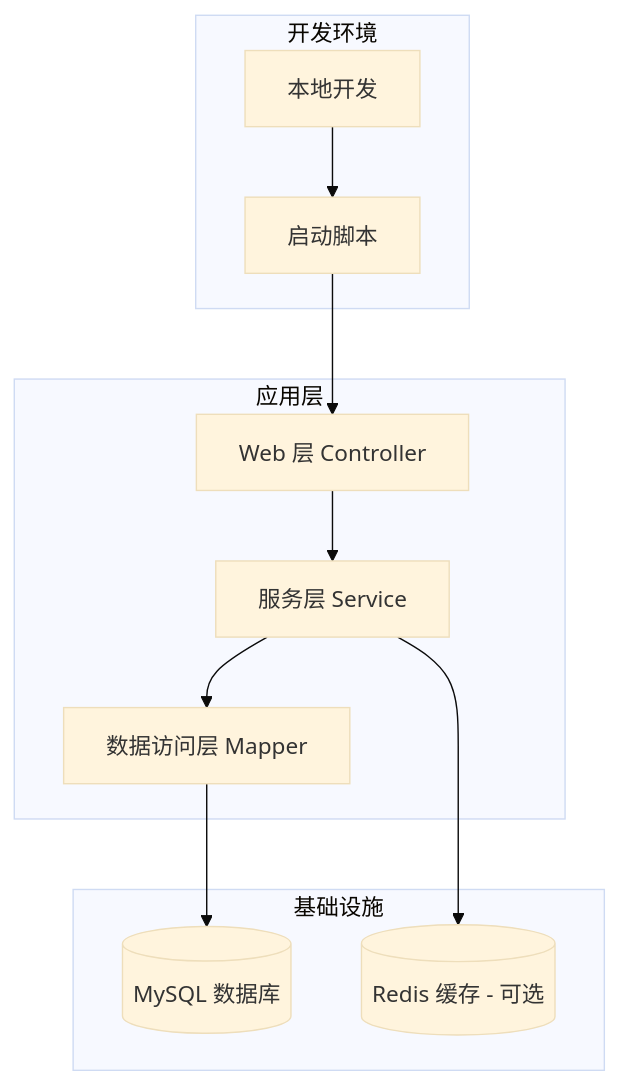
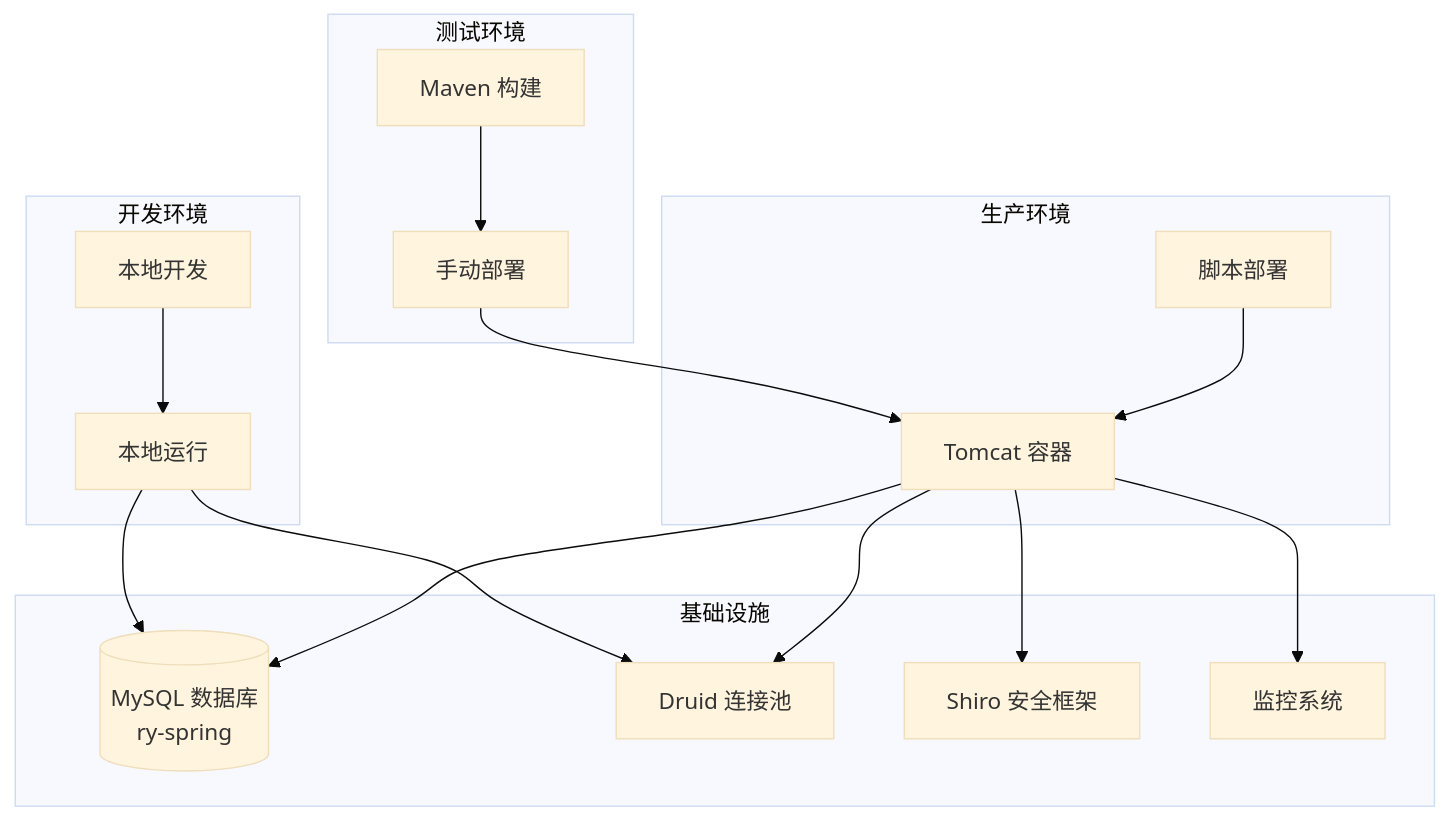
The first of 2 diagrams in ruoyi-admin/.gientech/wiki/部署与运维.md (ChenLiyan-GT/RuoYi-Vue), drawn with Mermaid (base theme) before and after one commit. The commit also changed other lines of this file and 82 other files, not shown here.

````diff
--- a/ruoyi-admin/.gientech/wiki/部署与运维.md
+++ b/ruoyi-admin/.gientech/wiki/部署与运维.md
@@ -41,22 +38,31 @@
 ```mermaid
 graph TB
 subgraph "开发环境"
 Dev[本地开发]
-LocalScript[启动脚本]
+LocalRun[本地运行]
+end
+subgraph "测试环境"
+QA[Maven 构建]
+QADeploy[手动部署]
+end
+subgraph "生产环境"
+Prod[Tomcat 容器]
+ProdScript[脚本部署]
 end
 subgraph "基础设施"
-MySQL[(MySQL 数据库)]
-Redis[(Redis 缓存 - 可选)]
+MySQL[(MySQL 数据库<br/>ry-spring)]
+Druid[Druid 连接池]
+Shiro[Shiro 安全框架]
+Monitor[监控系统]
 end
-subgraph "应用层"
-Web[Web 层 Controller]
-Service[服务层 Service]
-Mapper[数据访问层 Mapper]
-end
-Dev --> LocalScript
-LocalScript --> Web
-Web --> Service
-Service --> Mapper
-Mapper --> MySQL
-Service --> Redis
+Dev --> LocalRun
+LocalRun --> MySQL
+LocalRun --> Druid
+QA --> QADeploy
+QADeploy --> Prod
+ProdScript --> Prod
+Prod --> MySQL
+Prod --> Druid
+Prod --> Shiro
+Prod --> Monitor
 ```
````
